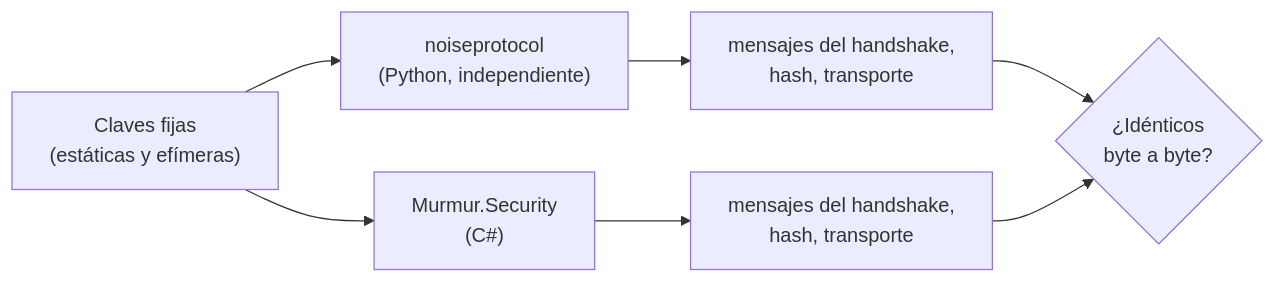
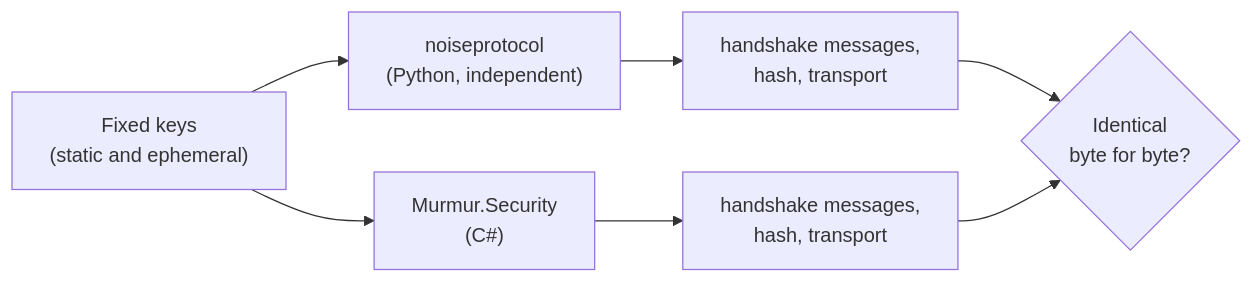
Before and after one commit to fsoftt/Murmur: the diagram in website/concepts/test-vectors.md, drawn with Mermaid. The commit also changed other lines of this file and 51 other files, not shown here.

````diff
--- a/website/concepts/test-vectors.md
+++ b/website/concepts/test-vectors.md
@@ -15,9 +16,9 @@
 ```mermaid
 flowchart LR
-    K["Claves fijas<br/>(estáticas y efímeras)"] --> PY["noiseprotocol<br/>(Python, independiente)"]
+    K["Fixed keys<br/>(static and ephemeral)"] --> PY["noiseprotocol<br/>(Python, independent)"]
     K --> CS["Murmur.Security<br/>(C#)"]
-    PY --> V1[mensajes del handshake,<br/>hash, transporte]
-    CS --> V2[mensajes del handshake,<br/>hash, transporte]
-    V1 --> EQ{¿Idénticos<br/>byte a byte?}
+    PY --> V1[handshake messages,<br/>hash, transport]
+    CS --> V2[handshake messages,<br/>hash, transport]
+    V1 --> EQ{Identical<br/>byte for byte?}
     V2 --> EQ
 ```
````
